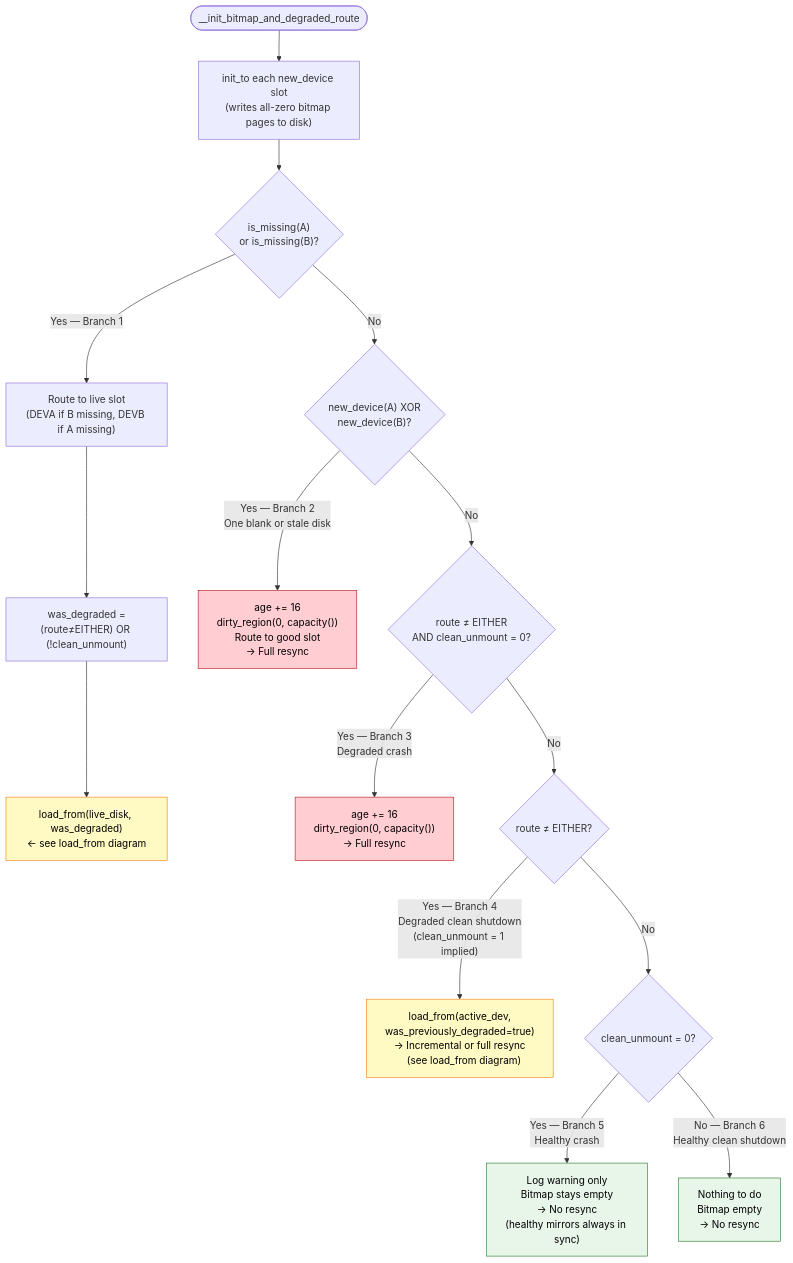
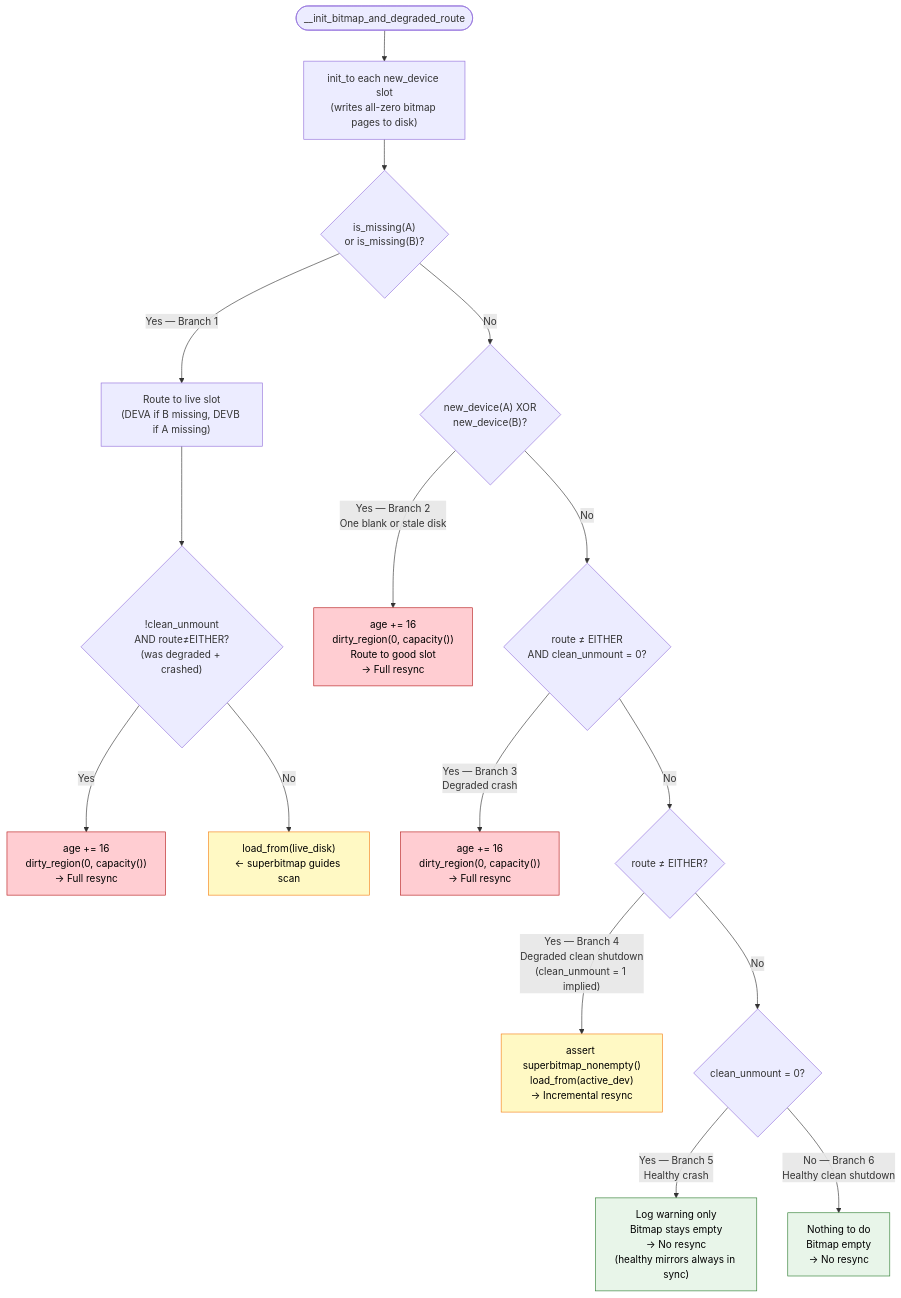
The third of 10 diagrams in docs/raid1/startup_cases.md (szmyd/ublkpp), drawn with Mermaid before and after one commit. The commit also changed other lines of this file and 1 other file, not shown here.

````diff
--- a/docs/raid1/startup_cases.md
+++ b/docs/raid1/startup_cases.md
@@ -117,36 +117,38 @@
 ```mermaid
 flowchart TD
     START(["__init_bitmap_and_degraded_route"]) --> INIT_NEW["init_to each new_device slot\n(writes all-zero bitmap pages to disk)"]
     INIT_NEW --> C1{"is_missing(A)\nor is_missing(B)?"}
 
     %% Branch 1
     C1 -->|"Yes — Branch 1"| B1_ROUTE["Route to live slot\n(DEVA if B missing, DEVB if A missing)"]
-    B1_ROUTE --> B1_WD["was_degraded =\n(route≠EITHER) OR (!clean_unmount)"]
-    B1_WD --> B1_LOAD["load_from(live_disk, was_degraded)\n← see load_from diagram"]
+    B1_ROUTE --> B1_CRASH{"!clean_unmount\nAND route≠EITHER?\n(was degraded + crashed)"}
+    B1_CRASH -->|Yes| B1_DIRTY["age += 16\ndirty_region(0, capacity())\n→ Full resync"]
+    B1_CRASH -->|No| B1_LOAD["load_from(live_disk)\n← superbitmap guides scan"]
 
     %% Branch 2
     C1 -->|No| C2{"new_device(A) XOR\nnew_device(B)?"}
     C2 -->|"Yes — Branch 2\nOne blank or stale disk"| B2["age += 16\ndirty_region(0, capacity())\nRoute to good slot\n→ Full resync"]
 
     %% Branch 3
     C2 -->|No| C3{"route ≠ EITHER\nAND clean_unmount = 0?"}
     C3 -->|"Yes — Branch 3\nDegraded crash"| B3["age += 16\ndirty_region(0, capacity())\n→ Full resync"]
 
     %% Branch 4
     C3 -->|No| C4{"route ≠ EITHER?"}
-    C4 -->|"Yes — Branch 4\nDegraded clean shutdown\n(clean_unmount = 1 implied)"| B4["load_from(active_dev,\nwas_previously_degraded=true)\n→ Incremental or full resync\n   (see load_from diagram)"]
+    C4 -->|"Yes — Branch 4\nDegraded clean shutdown\n(clean_unmount = 1 implied)"| B4["assert superbitmap_nonempty()\nload_from(active_dev)\n→ Incremental resync"]
 
     %% Branch 5
     C4 -->|No| C5{"clean_unmount = 0?"}
     C5 -->|"Yes — Branch 5\nHealthy crash"| B5["Log warning only\nBitmap stays empty\n→ No resync\n(healthy mirrors always in sync)"]
 
     %% Branch 6
     C5 -->|"No — Branch 6\nHealthy clean shutdown"| B6["Nothing to do\nBitmap empty\n→ No resync"]
 
     style B2 fill:#ffcdd2,stroke:#b71c1c,color:#000000
     style B3 fill:#ffcdd2,stroke:#b71c1c,color:#000000
     style B4 fill:#fff9c4,stroke:#f57f17,color:#000000
     style B5 fill:#e8f5e9,stroke:#2e7d32,color:#000000
     style B6 fill:#e8f5e9,stroke:#2e7d32,color:#000000
+    style B1_DIRTY fill:#ffcdd2,stroke:#b71c1c,color:#000000
     style B1_LOAD fill:#fff9c4,stroke:#f57f17,color:#000000
 ```
````
